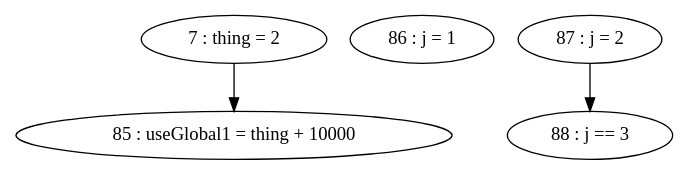
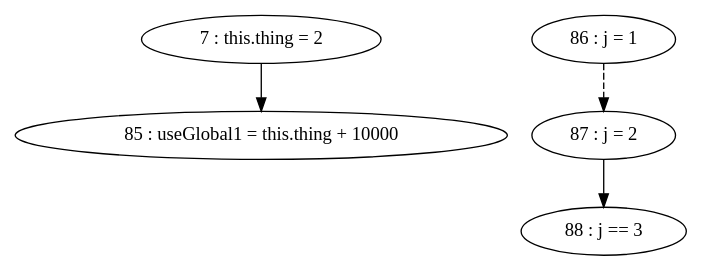
Before and after one commit to thomassimko/thesis-code-duplication: the diagram in pdg/source/testFile-methodWithManyArgs.gv, drawn with Graphviz. The commit also changed 61 other files, not shown here.

```diff
--- a/pdg/source/testFile-methodWithManyArgs.gv
+++ b/pdg/source/testFile-methodWithManyArgs.gv
@@ -1,9 +1,10 @@
 digraph G {
-"7 : thing = 2"
-"7 : thing = 2" -> "85 : useGlobal1 = thing + 10000"
-"85 : useGlobal1 = thing + 10000"
+"7 : this.thing = 2"
+"7 : this.thing = 2" -> "85 : useGlobal1 = this.thing + 10000"
+"85 : useGlobal1 = this.thing + 10000"
 "86 : j = 1"
+"86 : j = 1" -> "87 : j = 2" [style=dashed]
 "87 : j = 2"
 "87 : j = 2" -> "88 : j == 3"
 "88 : j == 3"
 }
```
